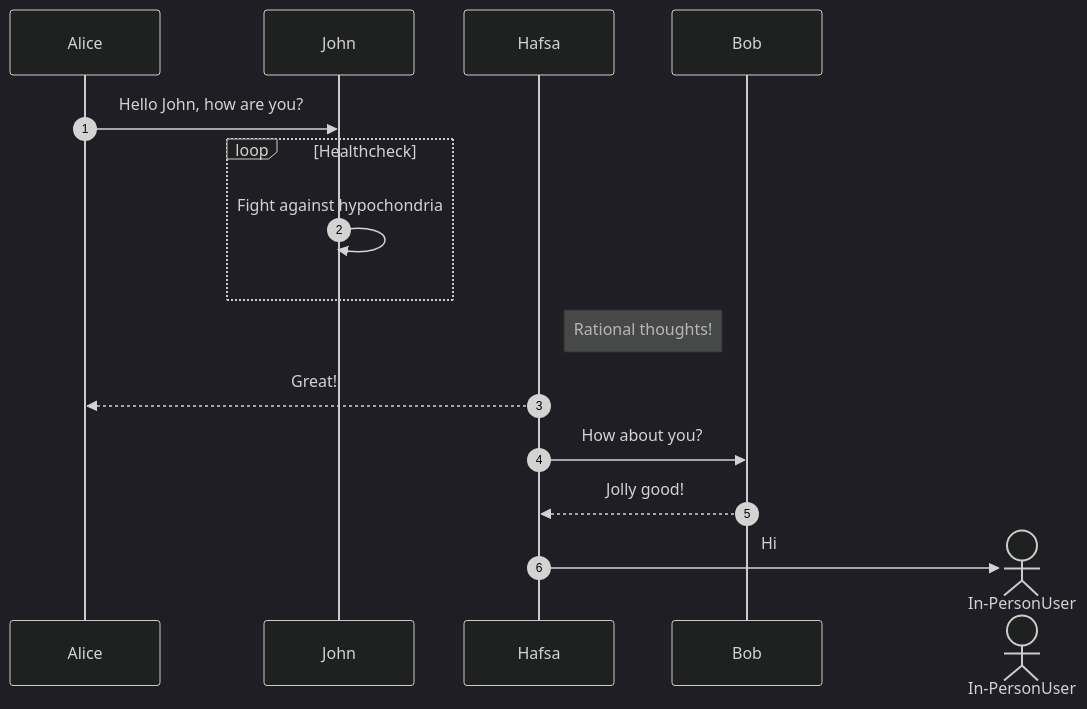
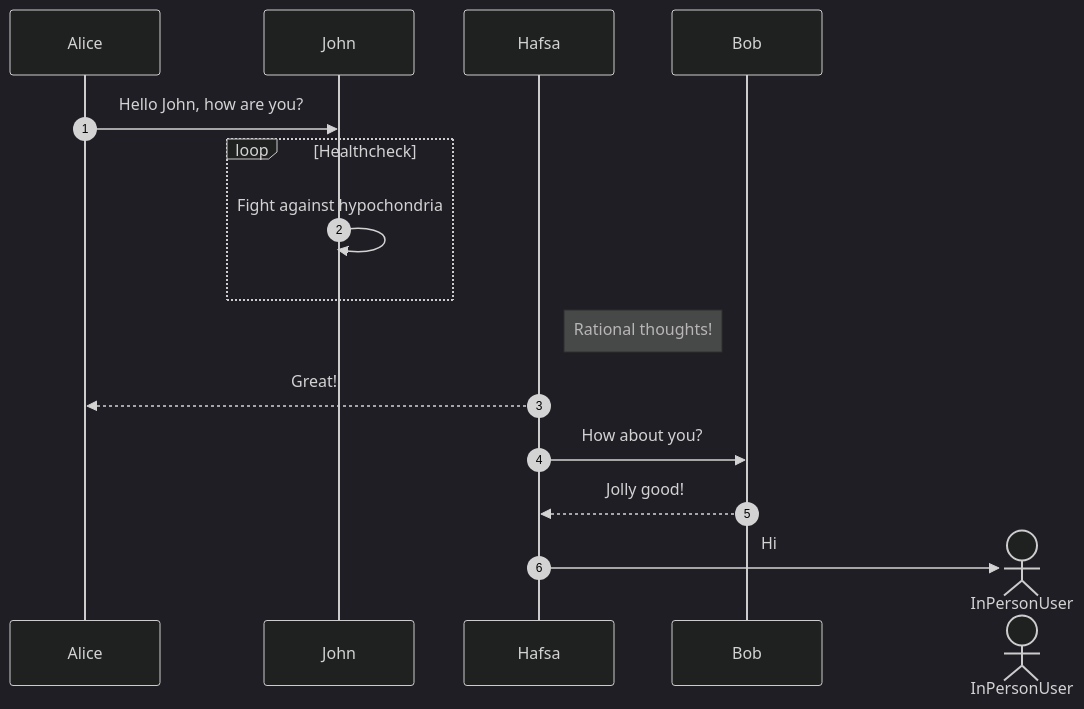
Before and after one commit to EGR314-S-2026-304/EGR314-S-2026-304.github.io: the diagram in docs/04-Team-Diagram.md, drawn with Mermaid (dark theme).

````diff
--- a/docs/04-Team-Diagram.md
+++ b/docs/04-Team-Diagram.md
@@ -11,14 +11,14 @@
 ``` mermaid
 sequenceDiagram
   autonumber
   Alice->>John: Hello John, how are you?
   loop Healthcheck
       John->>John: Fight against hypochondria
   end
   Note right of Hafsa: Rational thoughts!
   Hafsa-->>Alice: Great!
   Hafsa->>Bob: How about you?
   Bob-->>Hafsa: Jolly good!
-  create actor P as In-PersonUser
+  create actor P as InPersonUser
   Hafsa->>P: Hi
 ```
````
